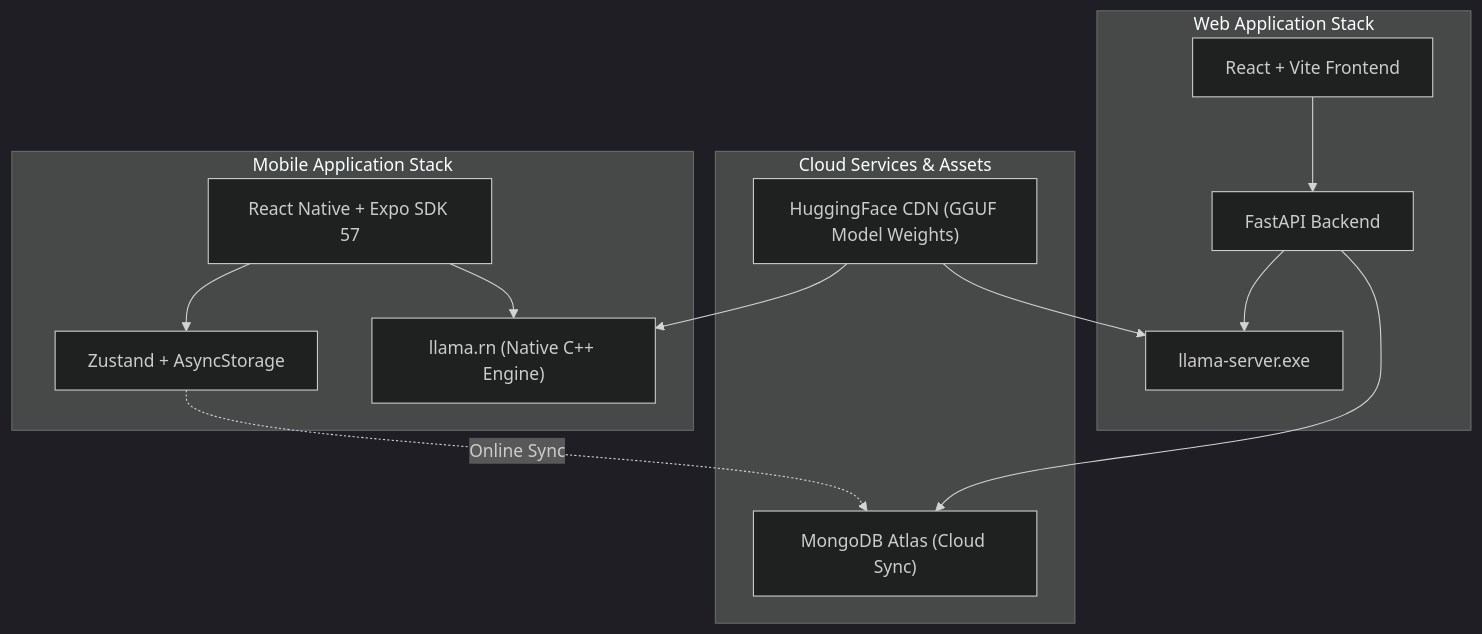
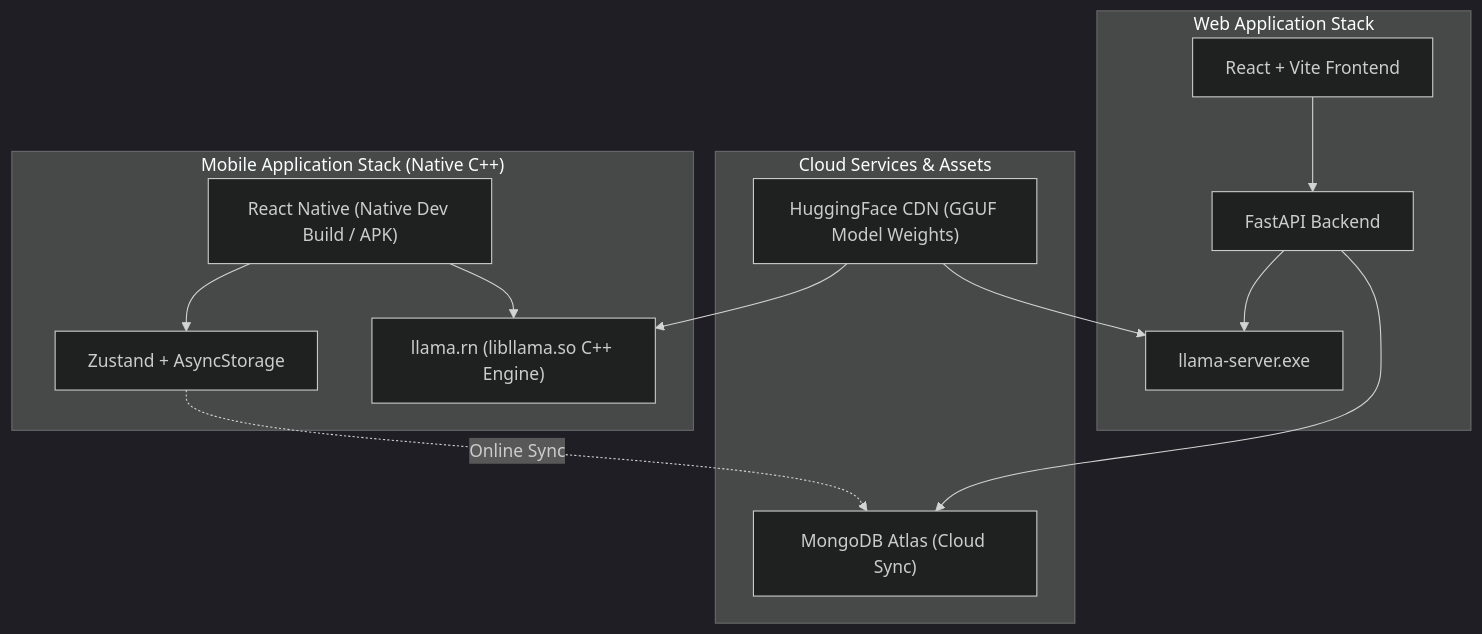
One commit to ssiddiquiii/car-specialist-gpt changed the diagram in README.md. Above: the diagram before and after it, drawn with Mermaid (dark theme). The commit also changed other lines of this file, not shown here.

Commit message:
docs: clarify Expo Go limitations vs Native C++ Development Builds and Standalone APK delivery

````diff
--- a/README.md
+++ b/README.md
@@ -31,30 +46,30 @@
 ```mermaid
 flowchart TD
     subgraph Web_Stack["Web Application Stack"]
         VITE["React + Vite Frontend"]
         FASTAPI["FastAPI Backend"]
         LLAMA_SERVER["llama-server.exe"]
         
         VITE --> FASTAPI
         FASTAPI --> LLAMA_SERVER
     end
 
-    subgraph Mobile_Stack["Mobile Application Stack"]
-        EXPO["React Native + Expo SDK 57"]
+    subgraph Mobile_Stack["Mobile Application Stack (Native C++)"]
+        EXPO["React Native (Native Dev Build / APK)"]
         STORE["Zustand + AsyncStorage"]
-        LLAMA_RN["llama.rn (Native C++ Engine)"]
+        LLAMA_RN["llama.rn (libllama.so C++ Engine)"]
         
         EXPO --> STORE
         EXPO --> LLAMA_RN
     end
 
     subgraph Storage["Cloud Services & Assets"]
         MONGO_ATLAS["MongoDB Atlas (Cloud Sync)"]
         HF["HuggingFace CDN (GGUF Model Weights)"]
     end
 
     FASTAPI --> MONGO_ATLAS
     STORE -.->|Online Sync| MONGO_ATLAS
     HF --> LLAMA_SERVER
     HF --> LLAMA_RN
 ```
````
